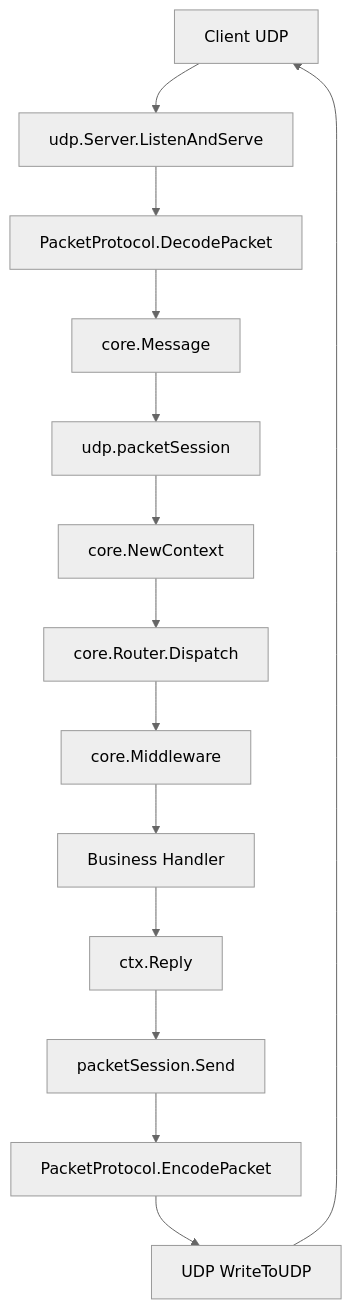
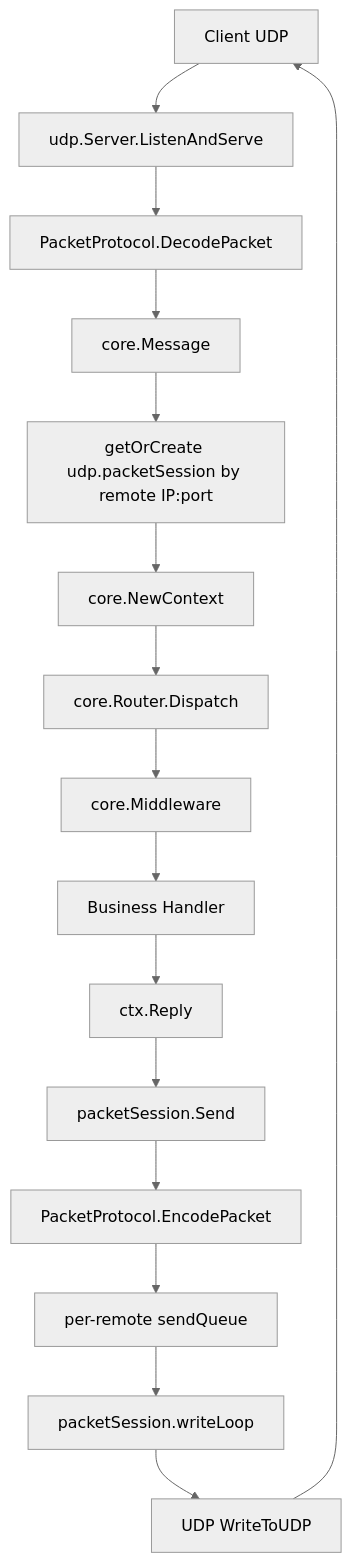
The third of 7 diagrams in docs/call-flow.md (saramand9/kpro), drawn with Mermaid (neutral theme) before and after one commit. The commit also changed other lines of this file and 20 other files, not shown here.

````diff
--- a/docs/call-flow.md
+++ b/docs/call-flow.md
@@ -86,16 +86,18 @@
 ```mermaid
 flowchart TD
     Client[Client UDP] --> ReadFromUDP[udp.Server.ListenAndServe]
     ReadFromUDP --> DecodePacket[PacketProtocol.DecodePacket]
     DecodePacket --> Message[core.Message]
-    Message --> PacketSession[udp.packetSession]
+    Message --> PacketSession[getOrCreate udp.packetSession by remote IP:port]
     PacketSession --> Context[core.NewContext]
     Context --> Dispatch[core.Router.Dispatch]
     Dispatch --> Middleware[core.Middleware]
     Middleware --> Handler[Business Handler]
     Handler --> Reply[ctx.Reply]
     Reply --> Send[packetSession.Send]
     Send --> EncodePacket[PacketProtocol.EncodePacket]
-    EncodePacket --> WriteToUDP[UDP WriteToUDP]
+    EncodePacket --> Queue[per-remote sendQueue]
+    Queue --> WriteLoop[packetSession.writeLoop]
+    WriteLoop --> WriteToUDP[UDP WriteToUDP]
     WriteToUDP --> Client
 ```
````
